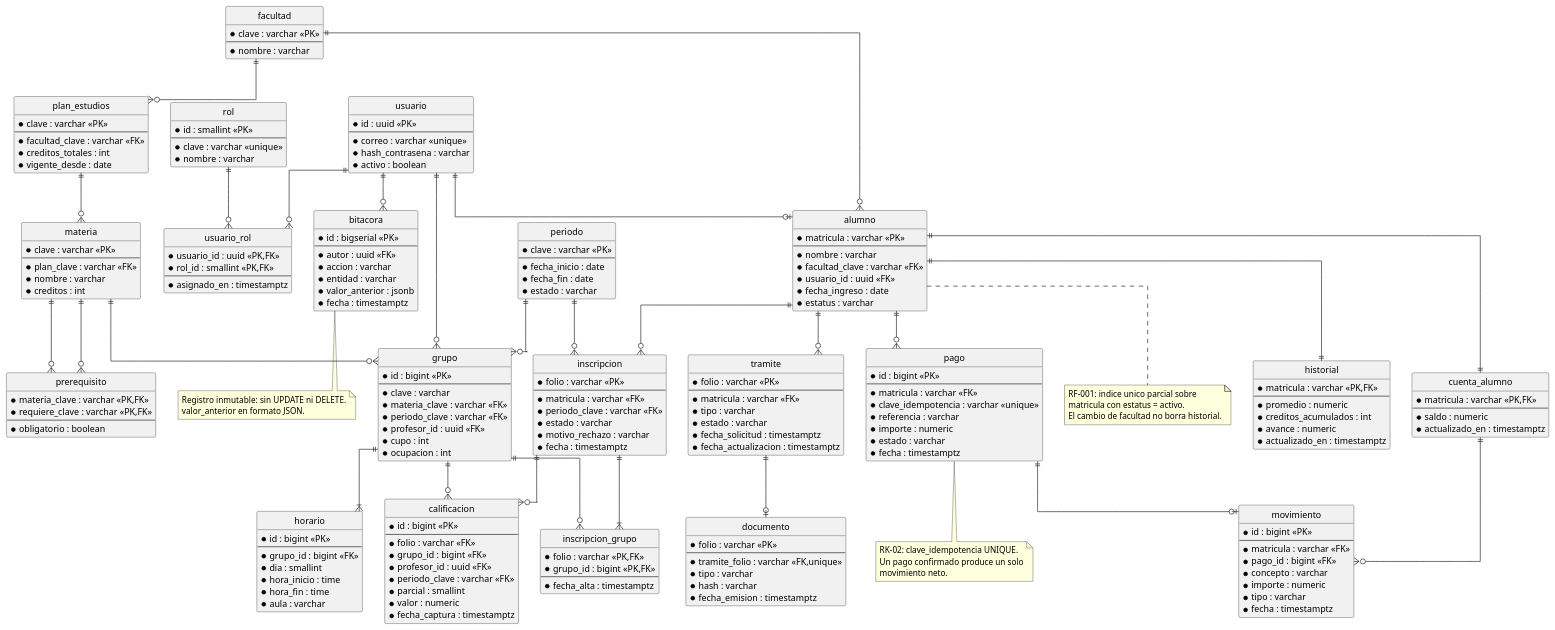
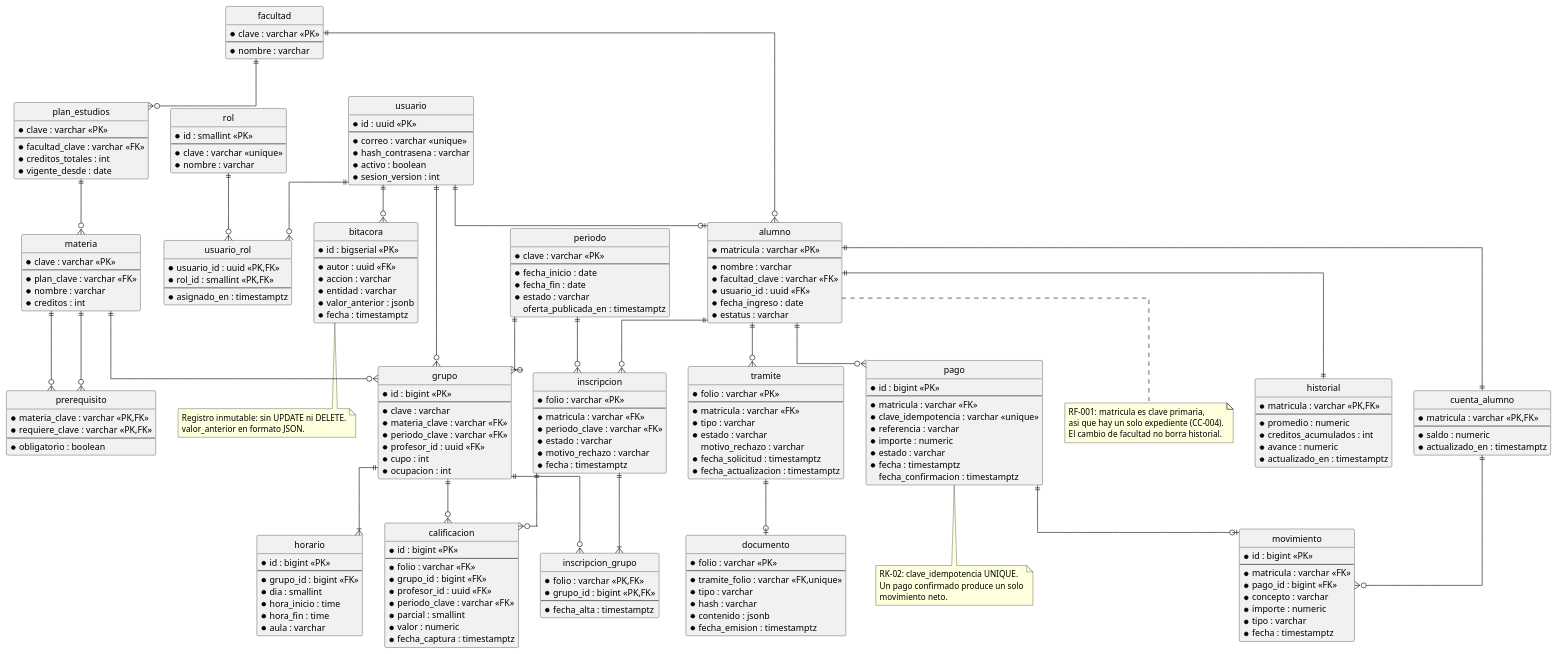
One commit to fjmp-dev/sce-control-escolar changed the diagram in docs/arquitectura/fig08-entidad-relacion.puml. Above: the diagram before and after it, drawn with PlantUML. The commit also changed 18 other files, not shown here.

```diff
--- a/docs/arquitectura/fig08-entidad-relacion.puml
+++ b/docs/arquitectura/fig08-entidad-relacion.puml
@@ -14,6 +14,7 @@
   * correo : varchar <<unique>>
   * hash_contrasena : varchar
   * activo : boolean
+  * sesion_version : int
 }
 
 entity "rol" as rol {
@@ -75,6 +76,7 @@
   * fecha_inicio : date
   * fecha_fin : date
   * estado : varchar
+  oferta_publicada_en : timestamptz
 }
 
 entity "grupo" as grupo {
@@ -163,6 +165,7 @@
   * importe : numeric
   * estado : varchar
   * fecha : timestamptz
+  fecha_confirmacion : timestamptz
 }
 
 entity "tramite" as tramite {
@@ -171,6 +174,7 @@
   * matricula : varchar <<FK>>
   * tipo : varchar
   * estado : varchar
+  motivo_rechazo : varchar
   * fecha_solicitud : timestamptz
   * fecha_actualizacion : timestamptz
 }
@@ -181,6 +185,7 @@
   * tramite_folio : varchar <<FK,unique>>
   * tipo : varchar
   * hash : varchar
+  * contenido : jsonb
   * fecha_emision : timestamptz
 }
 
@@ -222,8 +227,8 @@
 usuario ||--o{ bitacora
 
 note bottom of alumno
-  RF-001: indice unico parcial sobre
-  matricula con estatus = activo.
+  RF-001: matricula es clave primaria,
+  asi que hay un solo expediente (CC-004).
   El cambio de facultad no borra historial.
 end note
 
```
